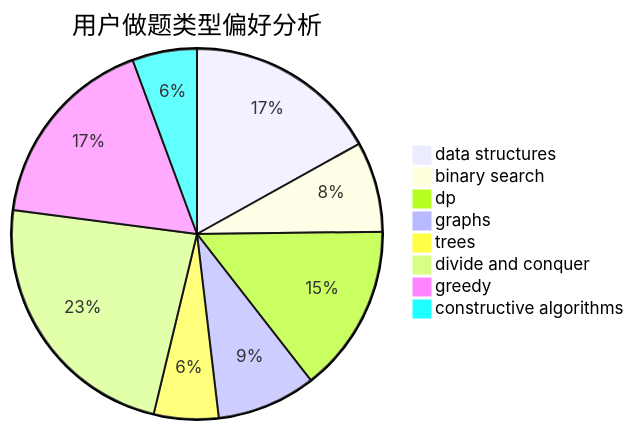
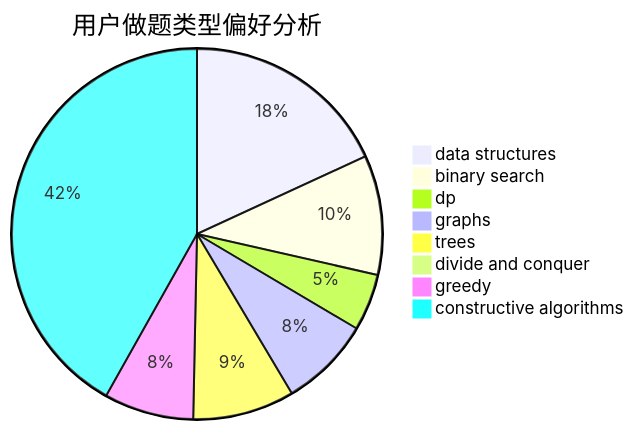
The second of 3 diagrams in docs/user/u1140.md (sherpahu/cfrs.github.io), drawn with Mermaid before and after one commit. The commit also changed other lines of this file and 2770 other files, not shown here.

````diff
--- a/docs/user/u1140.md
+++ b/docs/user/u1140.md
@@ -23,11 +23,11 @@
 ```mermaid
 pie title 用户做题类型偏好分析
-    "data structures" :  45
-    "binary search" :  21
-    "dp" :  39
-    "graphs" :  23
-    "trees" :  15
-    "divide and conquer" :  62
-    "greedy" :  46
-    "constructive algorithms" :  15
+    "data structures" :  139
+    "binary search" :  80
+    "dp" :  38
+    "graphs" :  61
+    "trees" :  68
+    "divide and conquer" :  0
+    "greedy" :  60
+    "constructive algorithms" :  321
 ```
````
